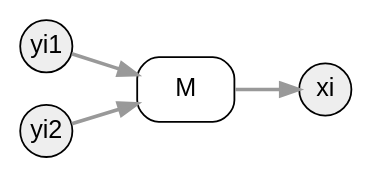
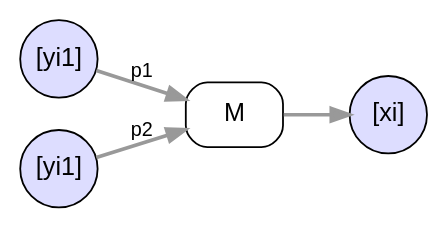
The diagram in opal/ProductsMerge.dot (drautzburg/currychicken), drawn with Graphviz before and after one commit. The commit also changed 6 other files, not shown here.

```diff
--- a/opal/ProductsMerge.dot
+++ b/opal/ProductsMerge.dot
@@ -1,18 +1,19 @@
 digraph d {
 	node [fontname = "Arial"];
 	edge [fontname = "Arial", fontsize=11,color="#999999", penwidth=2, weight=1];
 
 	rankdir=LR
-	subgraph port {
-		node [shape=circle, style=filled, fillcolor="#EEEEEE", fixedsize=true, width=0.4]
-		xi
-		yi1
-		yi2
+	subgraph list {
+		node [shape=circle, style=filled, fillcolor="#DDDDFF", fixedsize=true, width=0.6]
+		xi [label="[xi]"]
+		yi1 [label="[yi1]"]
+		yi2 [label="[yi1]"]
 		}
 	subgraph process {
 		node [shape=box, style=rounded]
 		M
 	}
-yi1 -> M -> xi
-yi2 -> M 
+yi1 -> M [label="p1"]
+yi2 -> M [label="p2"]
+M -> xi
 }
```
